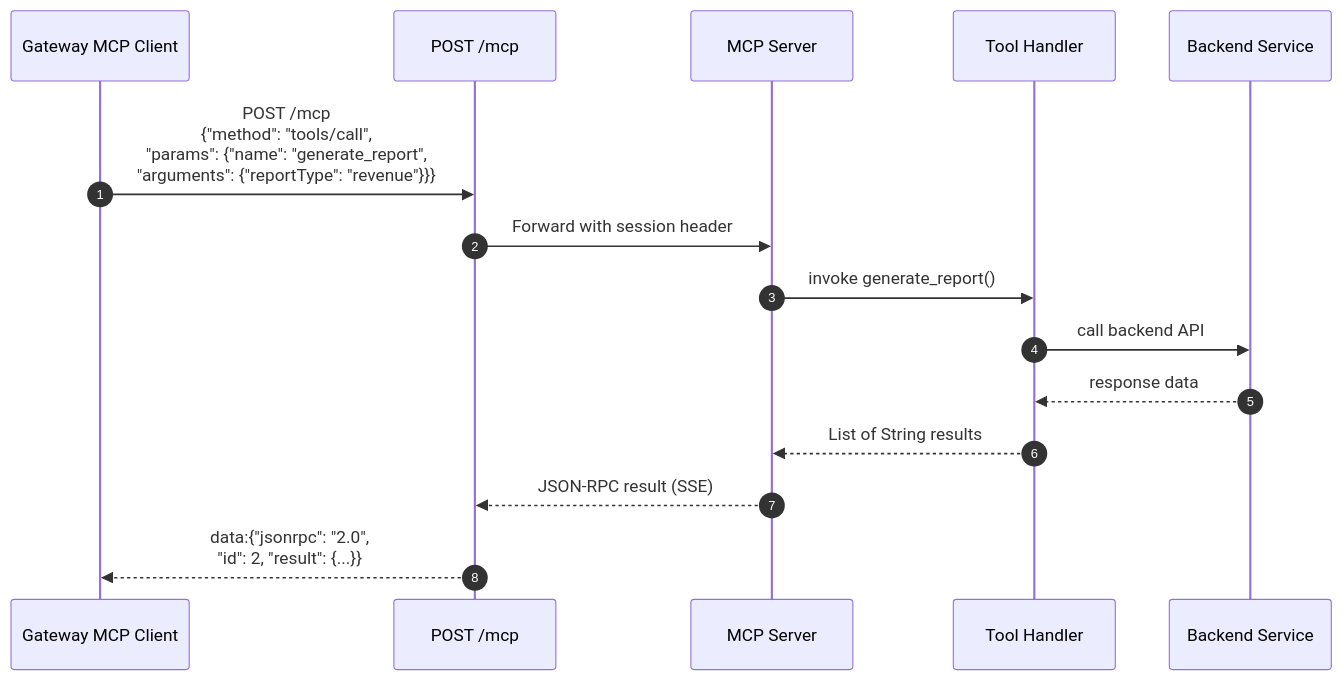
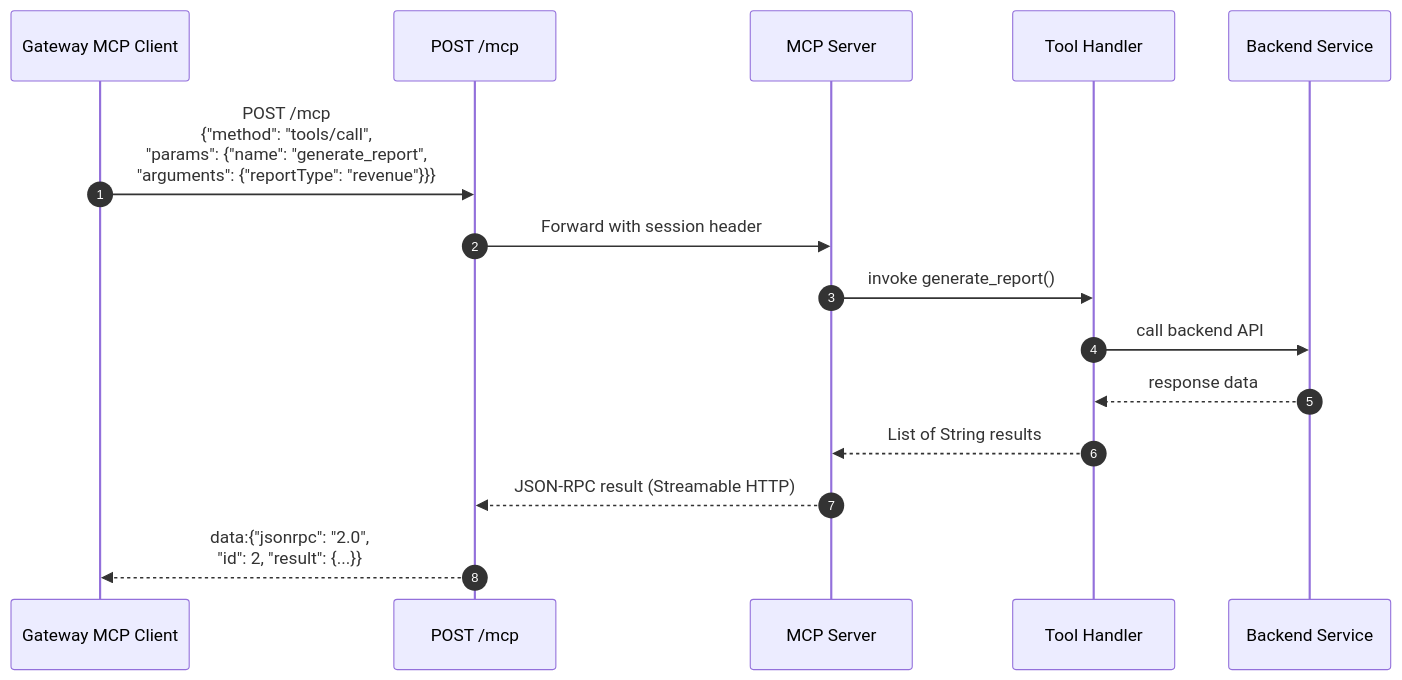
Before and after one commit to rajashashankmuppirala/mcp-poc: diagram 12 of 16 in docs/ARCHITECTURE_V2.md, drawn with Mermaid. The commit also changed other lines of this file and 23 other files, not shown here.

````diff
--- a/docs/ARCHITECTURE_V2.md
+++ b/docs/ARCHITECTURE_V2.md
@@ -565,18 +565,18 @@
 ```mermaid
 sequenceDiagram
     autonumber
     participant Client as Gateway MCP Client
     participant Transport as POST /mcp
     participant Server as MCP Server
     participant Tool as Tool Handler
     participant Backend as Backend Service
 
     Client->>Transport: POST /mcp<br/>{"method": "tools/call",<br/>"params": {"name": "generate_report",<br/>"arguments": {"reportType": "revenue"}}}
     Transport->>Server: Forward with session header
     Server->>Tool: invoke generate_report()
     Tool->>Backend: call backend API
     Backend-->>Tool: response data
     Tool-->>Server: List of String results
-    Server-->>Transport: JSON-RPC result (SSE)
+    Server-->>Transport: JSON-RPC result (Streamable HTTP)
     Transport-->>Client: data:{"jsonrpc": "2.0",<br/>"id": 2, "result": {...}}
 ```
````
